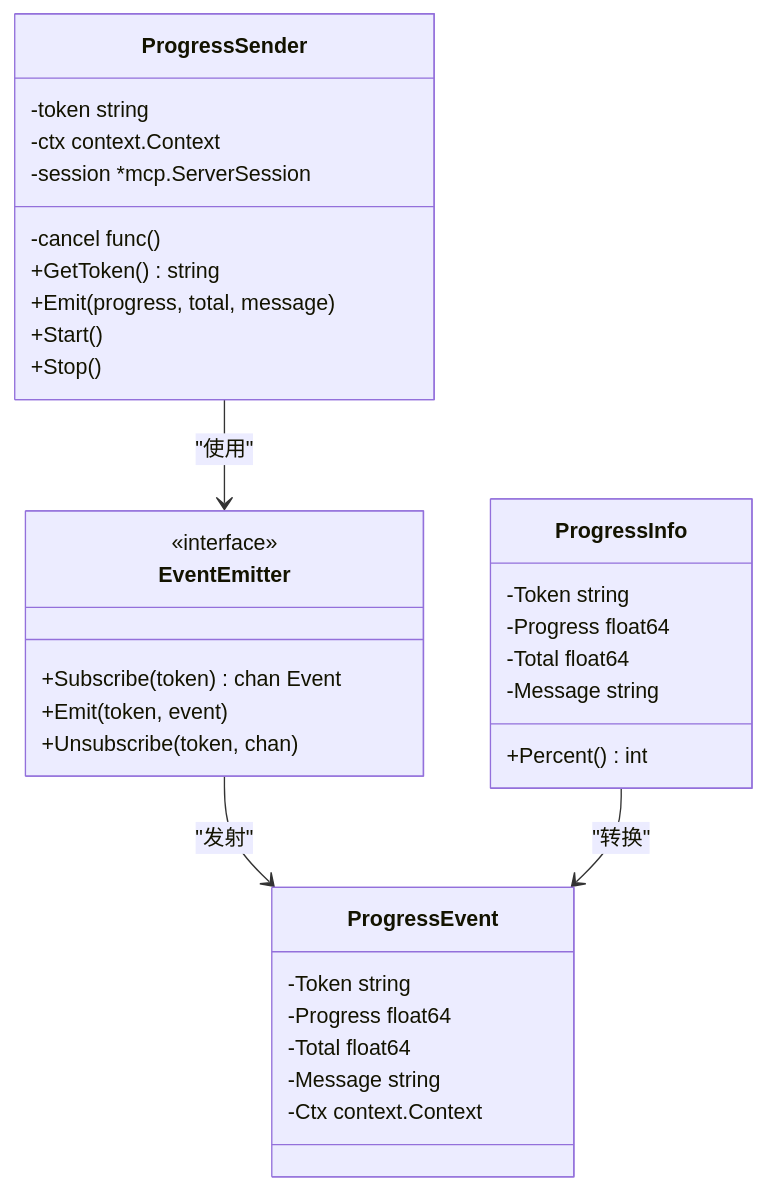
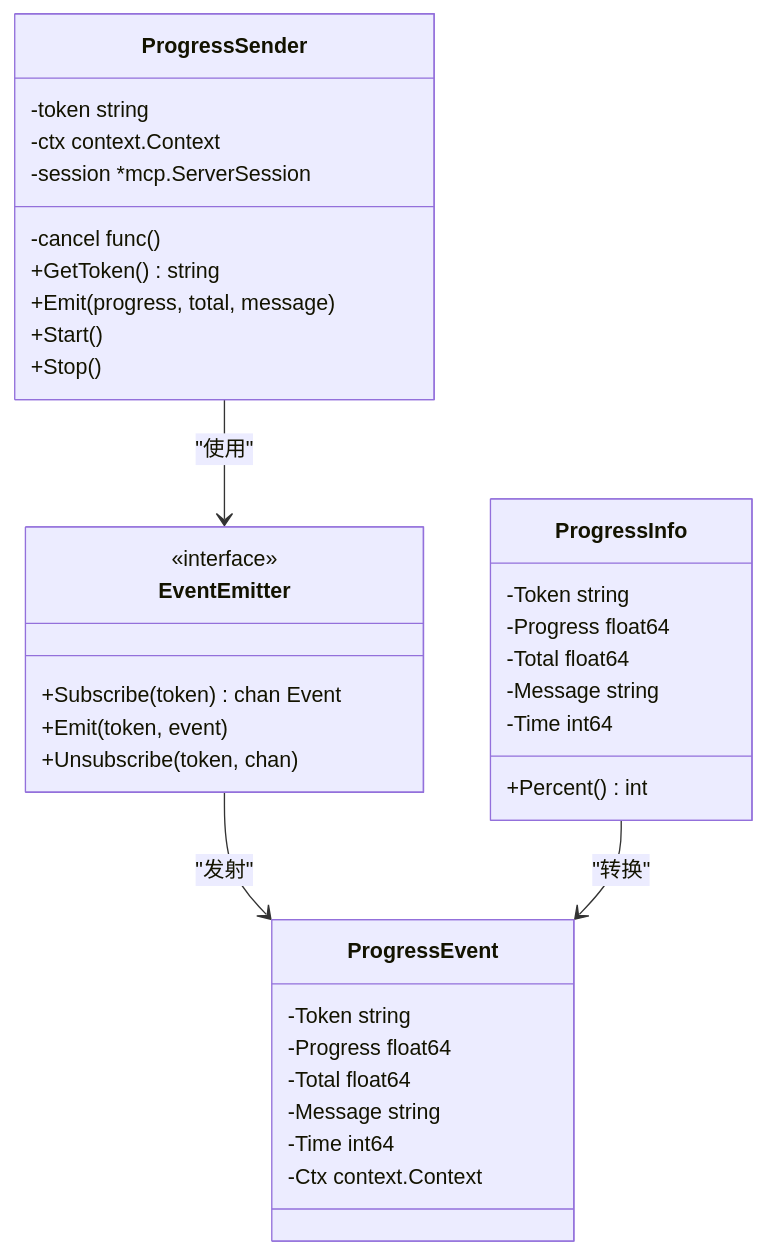
Before and after one commit to maomao94/zero-service: diagram 17 of 30 in .qoder/repowiki/zh/content/AI聊天服务迁移指南.md, drawn with Mermaid. The commit also changed other lines of this file and 59 other files, not shown here.

````diff
--- a/.qoder/repowiki/zh/content/AI聊天服务迁移指南.md
+++ b/.qoder/repowiki/zh/content/AI聊天服务迁移指南.md
@@ -835,36 +873,38 @@
 ```mermaid
 classDiagram
 class ProgressSender {
 -token string
 -ctx context.Context
 -session *mcp.ServerSession
 -cancel func()
 +GetToken() string
 +Emit(progress, total, message)
 +Start()
 +Stop()
 }
 class EventEmitter {
 <<interface>>
 +Subscribe(token) chan Event
 +Emit(token, event)
 +Unsubscribe(token, chan)
 }
 class ProgressEvent {
 -Token string
 -Progress float64
 -Total float64
 -Message string
+-Time int64
 -Ctx context.Context
 }
 class ProgressInfo {
 -Token string
 -Progress float64
 -Total float64
 -Message string
+-Time int64
 +Percent() int
 }
 ProgressSender --> EventEmitter : "使用"
 EventEmitter --> ProgressEvent : "发射"
 ProgressInfo --> ProgressEvent : "转换"
 ```
````
